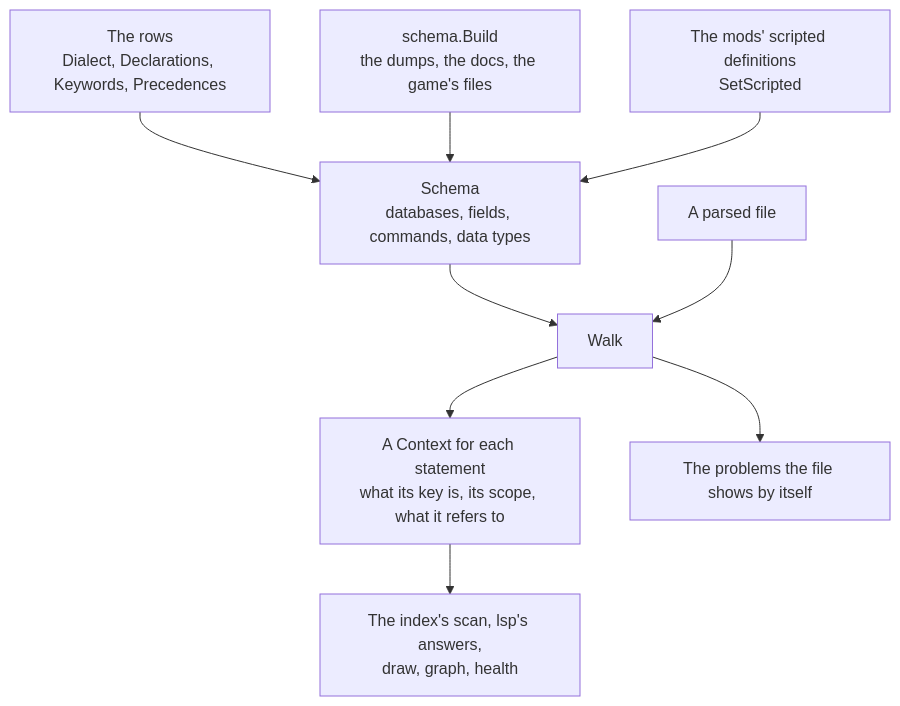
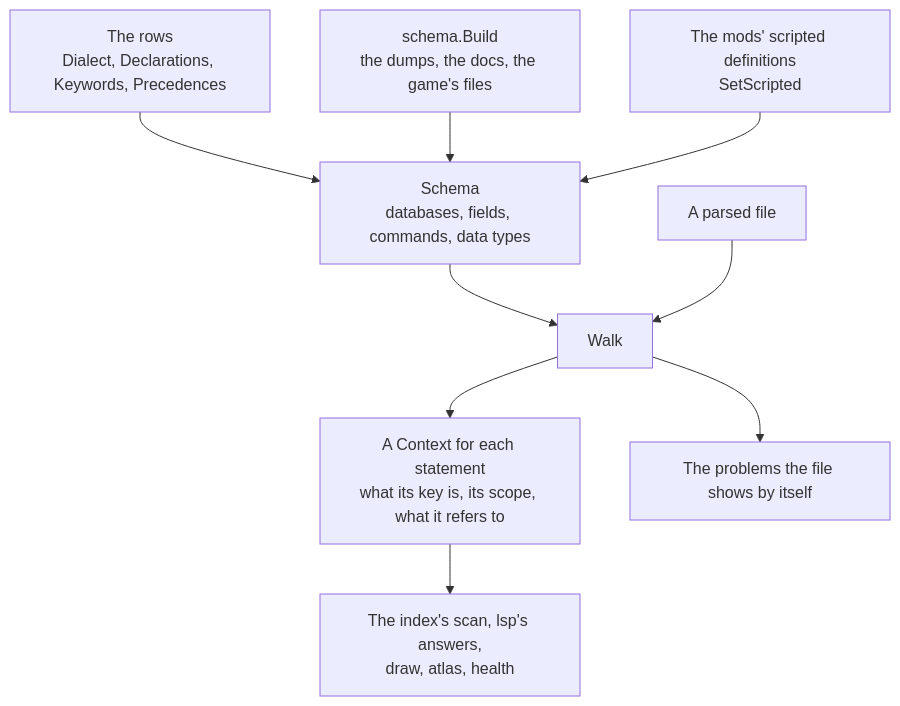
One commit to idodavis/paradox-modding-tools changed the diagram in internal/lang/README.md. Above: the diagram before and after it, drawn with Mermaid. The commit also changed other lines of this file and 127 other files, not shown here.

````diff
--- a/internal/lang/README.md
+++ b/internal/lang/README.md
@@ -26,11 +26,11 @@
 ```mermaid
 flowchart TD
   rows["The rows<br/>Dialect, Declarations, Keywords, Precedences"] --> schema
   build["schema.Build<br/>the dumps, the docs, the game's files"] --> schema["Schema<br/>databases, fields, commands, data types"]
   mods["The mods' scripted definitions<br/>SetScripted"] --> schema
   schema --> walk["Walk"]
   file["A parsed file"] --> walk
   walk --> contexts["A Context for each statement<br/>what its key is, its scope, what it refers to"]
   walk --> problems["The problems the file shows by itself"]
-  contexts --> readers["The index's scan, lsp's answers,<br/>draw, graph, health"]
+  contexts --> readers["The index's scan, lsp's answers,<br/>draw, atlas, health"]
 ```
````
